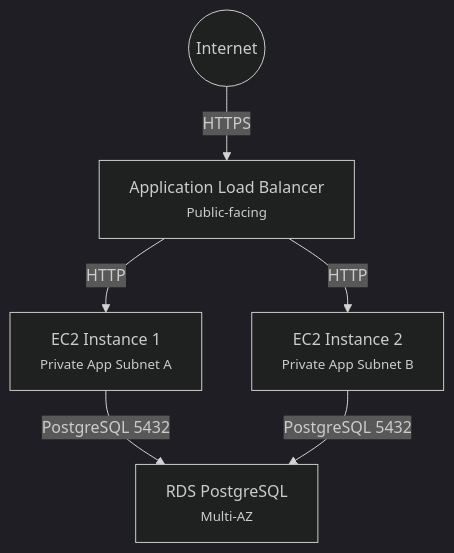
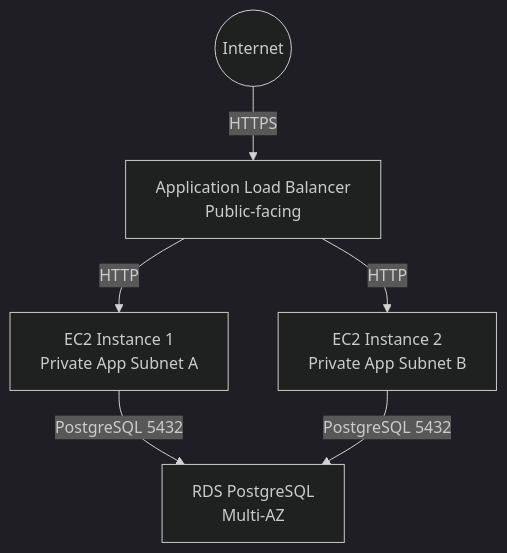
One commit to josephpipitone/megazone-cloud-tech-assessment changed the diagram in appstack-C3/README.md. Above: the diagram before and after it, drawn with Mermaid (dark theme).

Commit message:
fix: more mermaid issues

````diff
--- a/appstack-C3/README.md
+++ b/appstack-C3/README.md
@@ -13,15 +13,14 @@
 ```mermaid
 graph TD
     Internet((Internet))
-    ALB[Application Load Balancer<br/><small>Public-facing</small>]
-    EC2_1[EC2 Instance 1<br/><small>Private App Subnet A</small>]
-    EC2_2[EC2 Instance 2<br/><small>Private App Subnet B</small>]
-    RDS[RDS PostgreSQL<br/><small>Multi-AZ</small>]
+    ALB["Application Load Balancer<br>Public-facing"]
+    EC2_1["EC2 Instance 1<br>Private App Subnet A"]
+    EC2_2["EC2 Instance 2<br>Private App Subnet B"]
+    RDS["RDS PostgreSQL<br>Multi-AZ"]
 
     Internet -->|HTTPS| ALB
     ALB -->|HTTP| EC2_1
     ALB -->|HTTP| EC2_2
-
     EC2_1 -->|PostgreSQL 5432| RDS
     EC2_2 -->|PostgreSQL 5432| RDS
 ```
````
